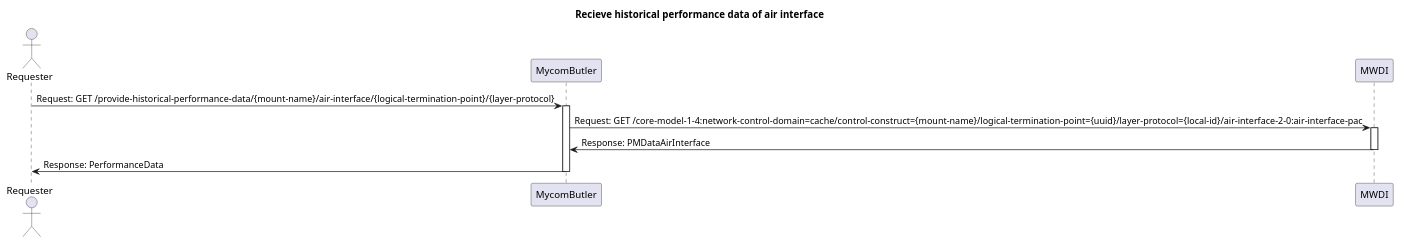
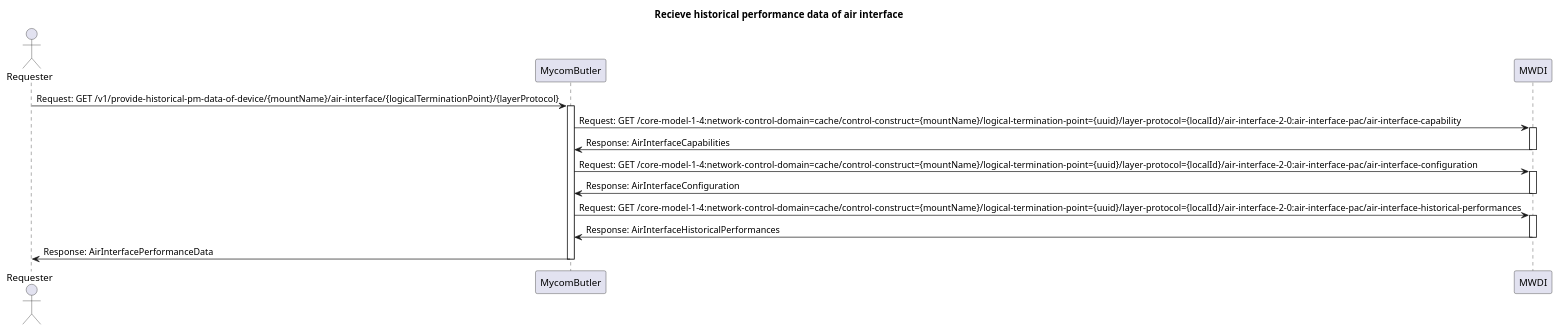
Before and after one commit to openBackhaul/MycomButler: the diagram in spec/diagrams/historical-performance-data-air-interface.plantuml, drawn with PlantUML. The commit also changed 5 other files, not shown here.

Commit message:
Update seq. diagram to new mwdi endpoints

```diff
--- a/spec/diagrams/historical-performance-data-air-interface.plantuml
+++ b/spec/diagrams/historical-performance-data-air-interface.plantuml
@@ -1,21 +1,30 @@
 @startuml Recieve_PM_data_air_interface
 title "Recieve historical performance data of air interface"
 
 actor Requester
 participant MycomButler
 participant MWDI
 
-Requester -> MycomButler: Request: GET /provide-historical-performance-data/{mount-name}/air-interface/{logical-termination-point}/{layer-protocol}
+Requester -> MycomButler: Request: GET /v1/provide-historical-pm-data-of-device/{mountName}/air-interface/{logicalTerminationPoint}/{layerProtocol}
 
 activate MycomButler
-MycomButler -> MWDI: Request: GET /core-model-1-4:network-control-domain=cache/control-construct={mount-name}/logical-termination-point={uuid}/layer-protocol={local-id}/air-interface-2-0:air-interface-pac
+MycomButler -> MWDI: Request: GET /core-model-1-4:network-control-domain=cache/control-construct={mountName}/logical-termination-point={uuid}/layer-protocol={localId}/air-interface-2-0:air-interface-pac/air-interface-capability
+activate MWDI
+MWDI -> MycomButler: Response: AirInterfaceCapabilities
+deactivate MWDI
 
+MycomButler -> MWDI: Request: GET /core-model-1-4:network-control-domain=cache/control-construct={mountName}/logical-termination-point={uuid}/layer-protocol={localId}/air-interface-2-0:air-interface-pac/air-interface-configuration
 activate MWDI
-MWDI -> MycomButler: Response: PMDataAirInterface
+MWDI -> MycomButler: Response: AirInterfaceConfiguration
+deactivate MWDI
 
+MycomButler -> MWDI: Request: GET /core-model-1-4:network-control-domain=cache/control-construct={mountName}/logical-termination-point={uuid}/layer-protocol={localId}/air-interface-2-0:air-interface-pac/air-interface-historical-performances
+activate MWDI
+MWDI -> MycomButler: Response: AirInterfaceHistoricalPerformances
 deactivate MWDI
-MycomButler -> Requester: Response: PerformanceData
+
+MycomButler -> Requester: Response: AirInterfacePerformanceData
 
 deactivate MycomButler
 
 @enduml
```
